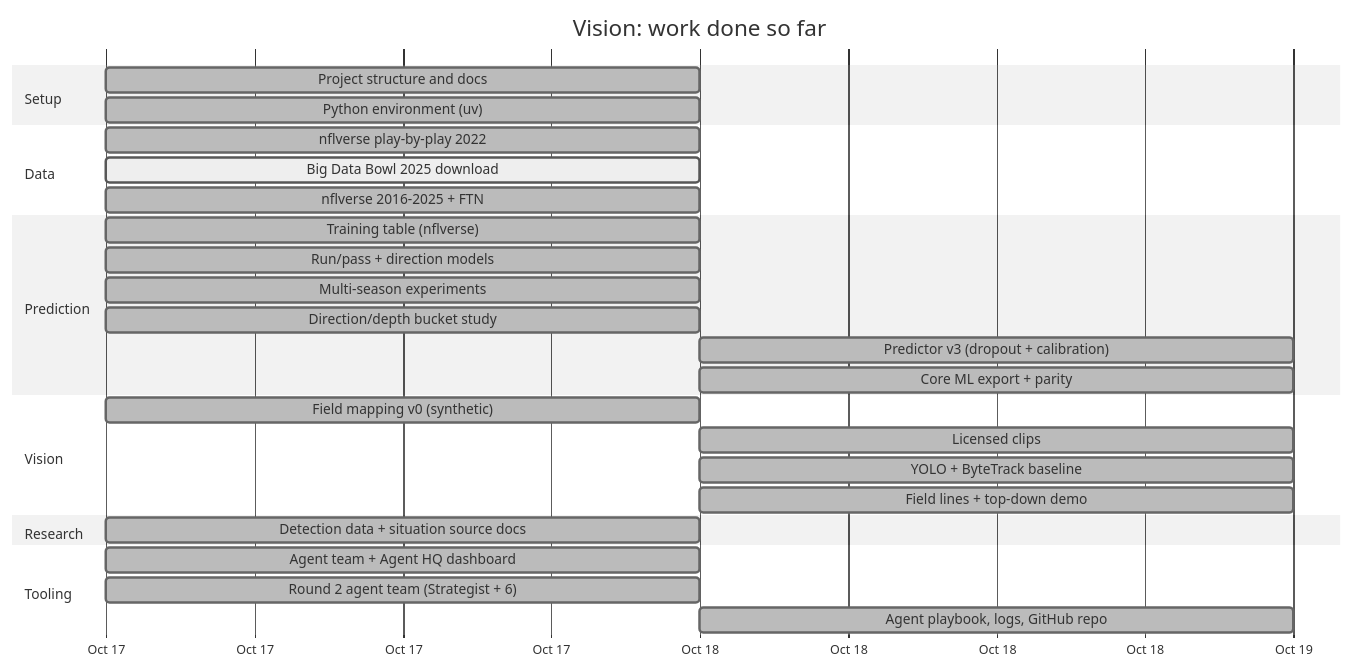
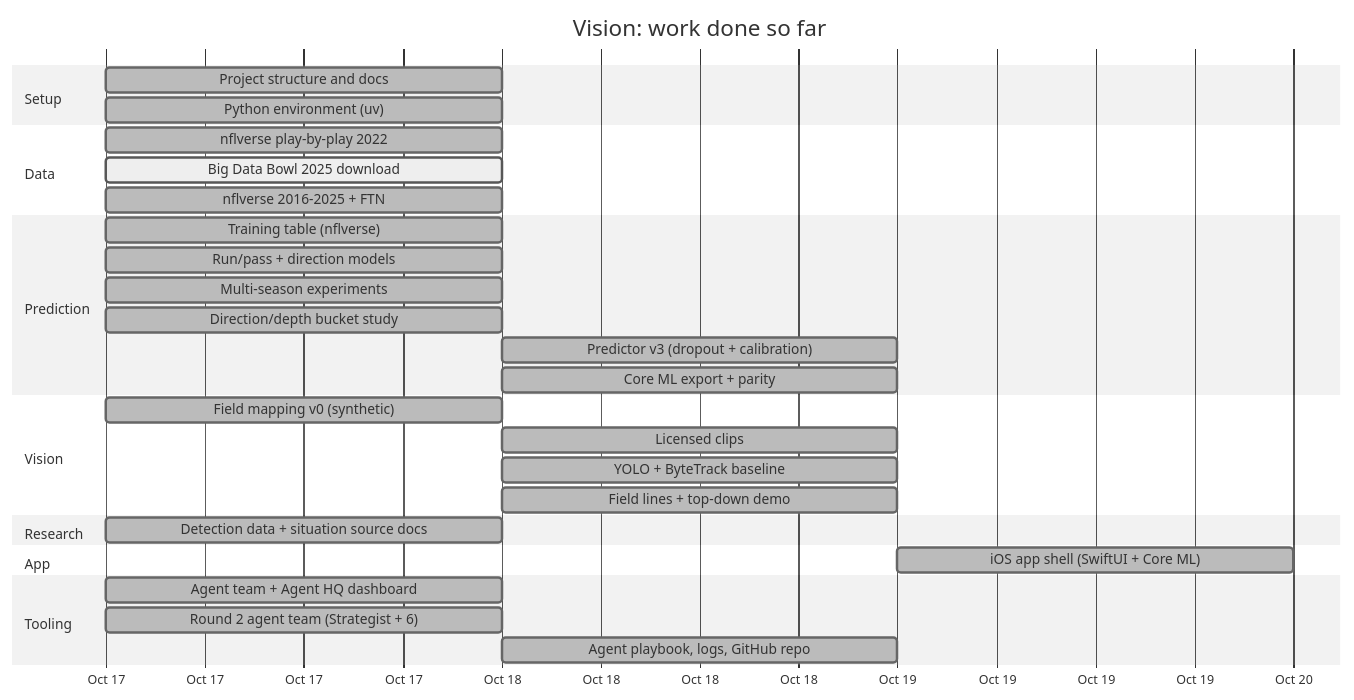
Before and after one commit to nicolasman7/Vision: the diagram in docs/PROGRESS.md, drawn with Mermaid (neutral theme). The commit also changed other lines of this file and 17 other files, not shown here.

First line of the commit message:
appv1: iPhone app shell (SwiftUI + on-device Core ML predictor)

````diff
--- a/docs/PROGRESS.md
+++ b/docs/PROGRESS.md
@@ -5,37 +5,40 @@
 ```mermaid
 gantt
     title Vision: work done so far
     dateFormat YYYY-MM-DD
     axisFormat %b %d
 
     section Setup
     Project structure and docs :done, setup, 2026-10-17, 1d
     Python environment (uv)    :done, env, 2026-10-17, 1d
 
     section Data
     nflverse play-by-play 2022 :done, nflv, 2026-10-17, 1d
     Big Data Bowl 2025 download :active, bdb, 2026-10-17, 1d
     nflverse 2016-2025 + FTN   :done, multi, 2026-10-17, 1d
 
     section Prediction
     Training table (nflverse)   :done, table, 2026-10-17, 1d
     Run/pass + direction models :done, models, 2026-10-17, 1d
     Multi-season experiments    :done, exps, 2026-10-17, 1d
     Direction/depth bucket study :done, buckets, 2026-10-17, 1d
     Predictor v3 (dropout + calibration) :done, v3, 2026-10-18, 1d
     Core ML export + parity :done, coreml, 2026-10-18, 1d
 
     section Vision
     Field mapping v0 (synthetic) :done, fmap, 2026-10-17, 1d
     Licensed clips :done, clips, 2026-10-18, 1d
     YOLO + ByteTrack baseline :done, yolo, 2026-10-18, 1d
     Field lines + top-down demo :done, lines, 2026-10-18, 1d
 
     section Research
     Detection data + situation source docs :done, research, 2026-10-17, 1d
 
+    section App
+    iOS app shell (SwiftUI + Core ML) :done, app, 2026-10-19, 1d
+
     section Tooling
     Agent team + Agent HQ dashboard :done, hq, 2026-10-17, 1d
     Round 2 agent team (Strategist + 6) :done, team2, 2026-10-17, 1d
     Agent playbook, logs, GitHub repo :done, repo, 2026-10-18, 1d
 ```
````
